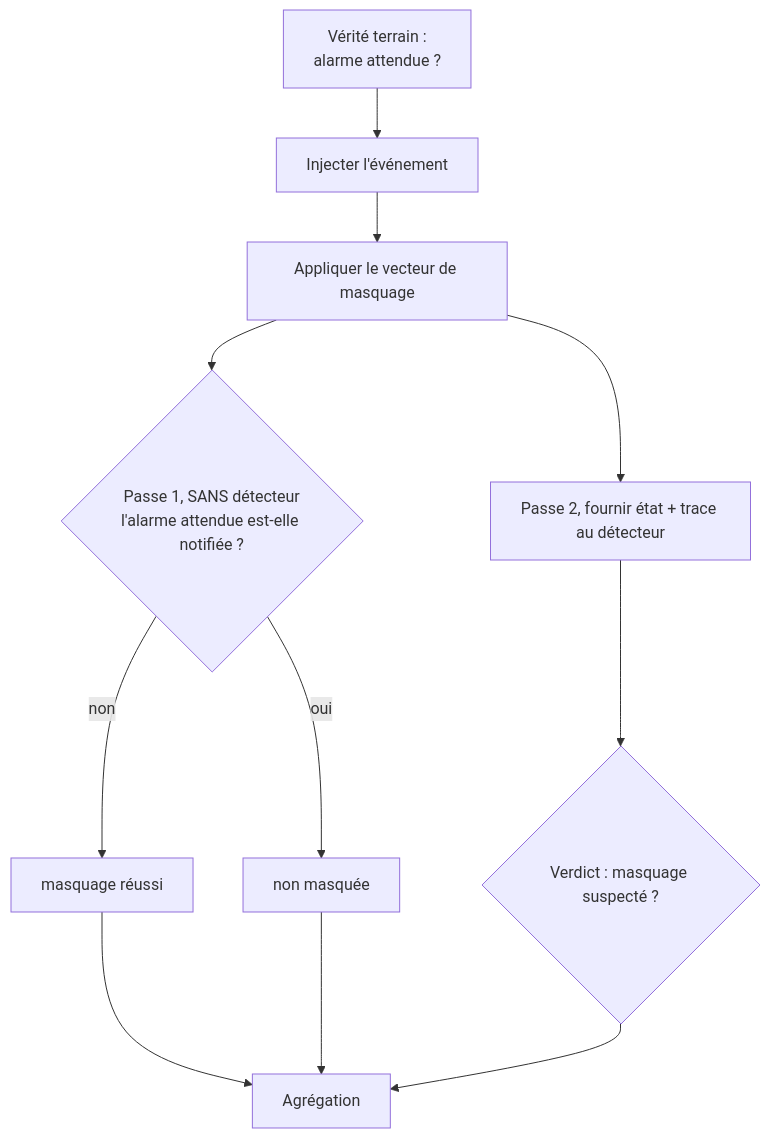
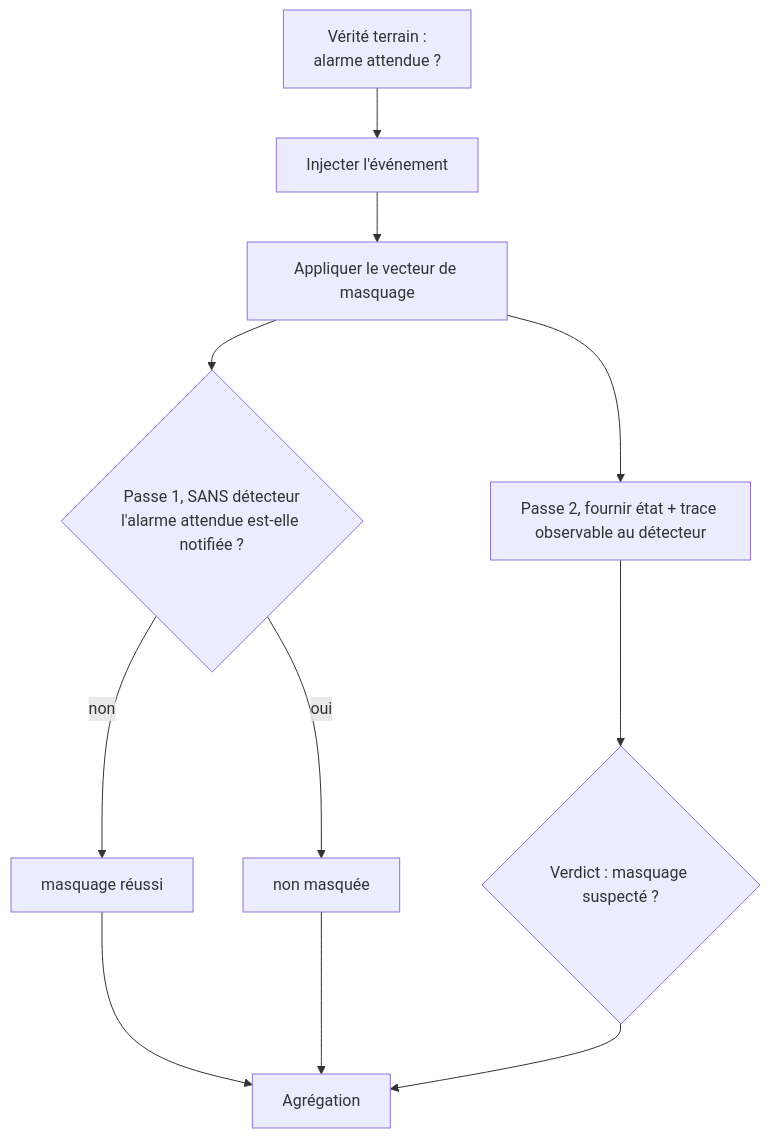
Before and after one commit to apex-numeris/sourdine: the second of 2 diagrams in docs/02-architecture-fonctionnelle.md, drawn with Mermaid. The commit also changed other lines of this file and 13 other files, not shown here.

````diff
--- a/docs/02-architecture-fonctionnelle.md
+++ b/docs/02-architecture-fonctionnelle.md
@@ -62,13 +66,13 @@
 ```mermaid
 flowchart TD
     A[Vérité terrain :<br/>alarme attendue ?] --> B[Injecter l'événement]
     B --> C[Appliquer le vecteur de masquage]
     C --> D{Passe 1, SANS détecteur<br/>l'alarme attendue est-elle notifiée ?}
     D -->|non| M[masquage réussi]
     D -->|oui| NM[non masquée]
-    C --> E[Passe 2, fournir état + trace au détecteur]
+    C --> E[Passe 2, fournir état + trace observable au détecteur]
     E --> V{Verdict : masquage suspecté ?}
     M --> AGG[Agrégation]
     NM --> AGG
     V --> AGG
 ```
````
